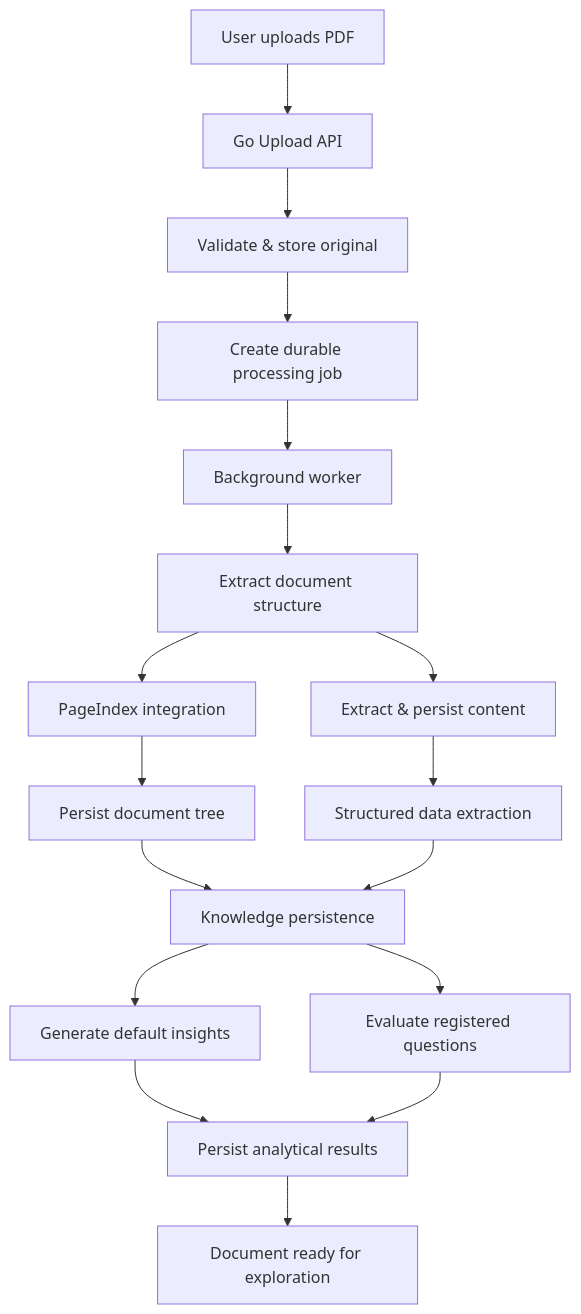
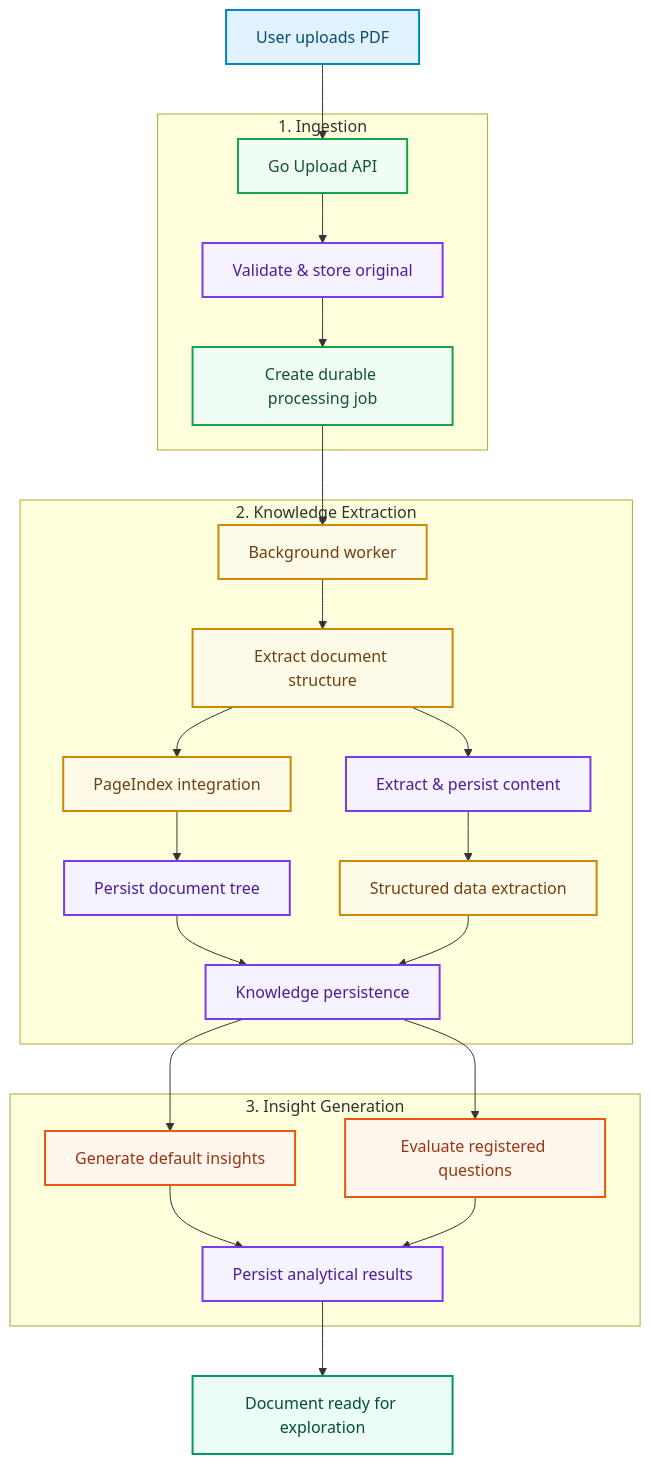
The diagram in README.md (michelsazevedo/pagewise), drawn with Mermaid before and after one commit.

Commit message:
:star2: Update readme

````diff
--- a/README.md
+++ b/README.md
@@ -100,19 +100,55 @@
 ```mermaid
 flowchart TD
-    A["User uploads PDF"] --> B["Go Upload API"]
-    B --> C["Validate & store original"]
-    C --> D["Create durable processing job"]
-    D --> E["Background worker"]
-    E --> F["Extract document structure"]
-    F --> G["PageIndex integration"]
-    F --> H["Extract & persist content"]
-    G --> I["Persist document tree"]
-    H --> J["Structured data extraction"]
-    I --> K["Knowledge persistence"]
+    %% ── Styles ──────────────────────────────────────
+    classDef user     fill:#e0f2fe,stroke:#0284c7,stroke-width:2px,color:#0c4a6e
+    classDef api      fill:#f0fdf4,stroke:#16a34a,stroke-width:2px,color:#14532d
+    classDef worker   fill:#fefce8,stroke:#ca8a04,stroke-width:2px,color:#713f12
+    classDef storage  fill:#f5f3ff,stroke:#7c3aed,stroke-width:2px,color:#4c1d95
+    classDef ai       fill:#fff7ed,stroke:#ea580c,stroke-width:2px,color:#9a3412
+    classDef ready    fill:#ecfdf5,stroke:#059669,stroke-width:2px,color:#064e3b
+
+    %% ── Flow ────────────────────────────────────────
+    A["User uploads PDF"]:::user
+
+    subgraph Ingestion["1. Ingestion"]
+        B["Go Upload API"]:::api
+        C["Validate & store original"]:::storage
+        D["Create durable processing job"]:::api
+    end
+
+    subgraph Extraction["2. Knowledge Extraction"]
+        E["Background worker"]:::worker
+        F["Extract document structure"]:::worker
+        G["PageIndex integration"]:::worker
+        H["Extract & persist content"]:::storage
+        I["Persist document tree"]:::storage
+        J["Structured data extraction"]:::worker
+        K["Knowledge persistence"]:::storage
+    end
+
+    subgraph Insights["3. Insight Generation"]
+        L["Generate default insights"]:::ai
+        M["Evaluate registered questions"]:::ai
+        N["Persist analytical results"]:::storage
+    end
+
+    O["Document ready for exploration"]:::ready
+
+    %% ── Connections ─────────────────────────────────
+    A --> B
+    B --> C
+    C --> D
+    D --> E
+    E --> F
+    F --> G
+    F --> H
+    G --> I
+    H --> J
+    I --> K
     J --> K
-    K --> L["Generate default insights"]
-    K --> M["Evaluate registered questions"]
-    L --> N["Persist analytical results"]
+    K --> L
+    K --> M
+    L --> N
     M --> N
-    N --> O["Document ready for exploration"]
+    N --> O
 ```
````
